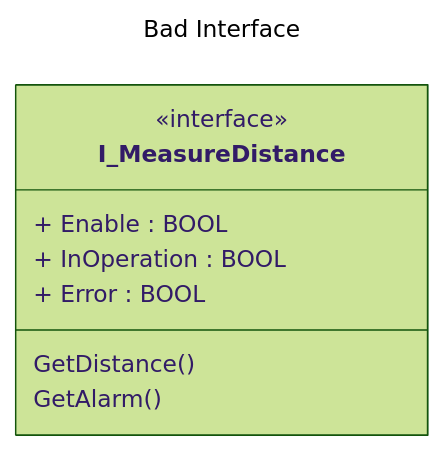
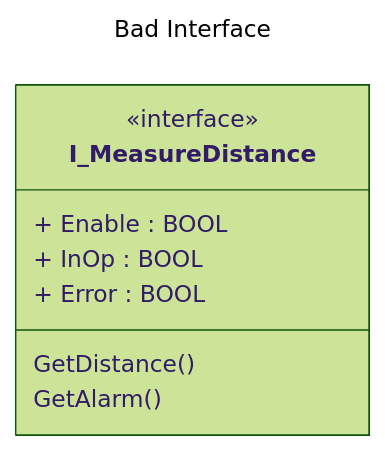
One commit to hei-synd-aaut/aaut-docs changed the second of 3 diagrams in AAut_MOD_05_IEC_61131_OOP_InPractice/README.MD. Above: the diagram before and after it, drawn with Mermaid (forest theme). The commit also changed other lines of this file, not shown here.

Commit message:
Revue Syntaxe UML

````diff
--- a/AAut_MOD_05_IEC_61131_OOP_InPractice/README.MD
+++ b/AAut_MOD_05_IEC_61131_OOP_InPractice/README.MD
@@ -77,16 +81,16 @@
 ```mermaid
 ---
 title: Bad Interface
 ---
 classDiagram
 
   class I_MeasureDistance{
       + Enable : BOOL
-      + InOperation : BOOL
+      + InOp : BOOL
       + Error  : BOOL
       GetDistance() 
       GetAlarm()
   }
   <<interface>> I_MeasureDistance
 
 ```
````
